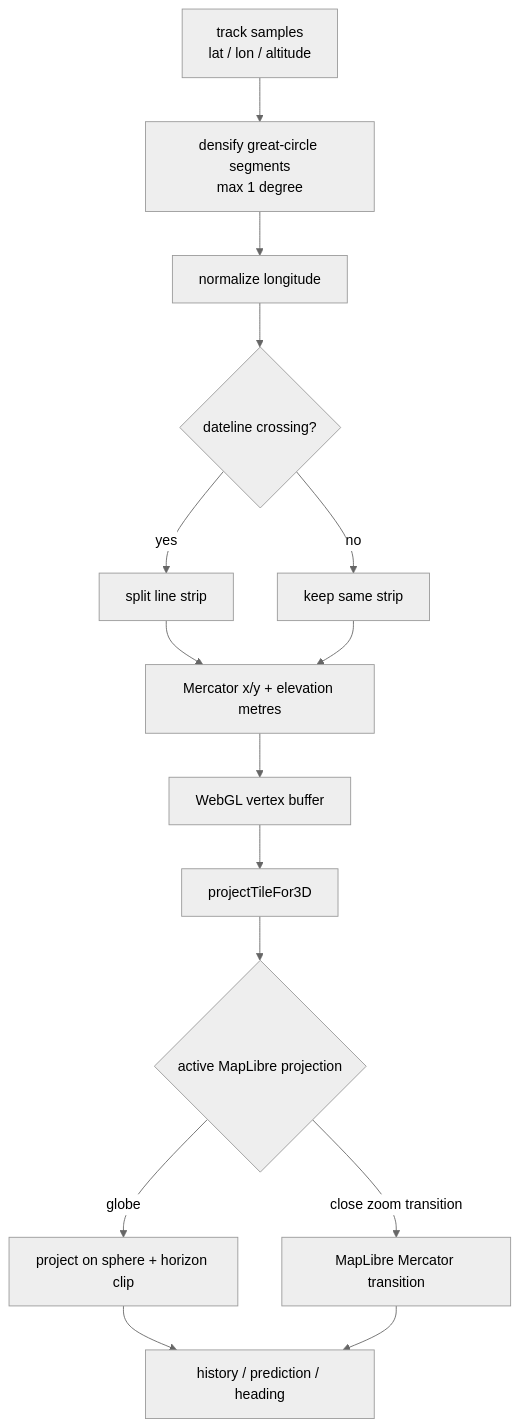
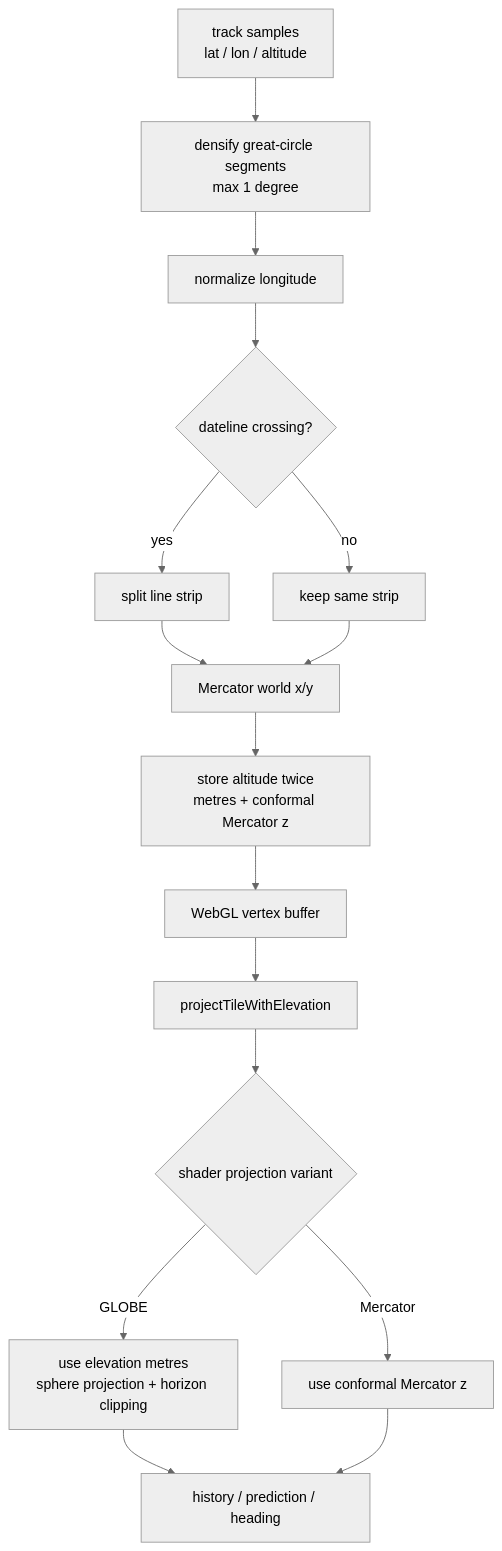
One commit to ExoSpaceLabs/world-sat-monitor changed the second of 3 diagrams in docs/orbit-display.md. Above: the diagram before and after it, drawn with Mermaid (neutral theme). The commit also changed other lines of this file, not shown here.

Commit message:
docs(world-sat-monitor): document elevated orbit overlay projection

````diff
--- a/docs/orbit-display.md
+++ b/docs/orbit-display.md
@@ -24,17 +26,18 @@
 ```mermaid
 flowchart TD
     P[track samples<br/>lat / lon / altitude] --> D[densify great-circle segments<br/>max 1 degree]
     D --> N[normalize longitude]
     N --> X{dateline crossing?}
     X -->|yes| S[split line strip]
     X -->|no| M[keep same strip]
-    S --> C[Mercator x/y + elevation metres]
+    S --> C[Mercator world x/y]
     M --> C
-    C --> V[WebGL vertex buffer]
-    V --> Q[projectTileFor3D]
-    Q --> G{active MapLibre projection}
-    G -->|globe| GL[project on sphere + horizon clip]
-    G -->|close zoom transition| MC[MapLibre Mercator transition]
+    C --> E[store altitude twice<br/>metres + conformal Mercator z]
+    E --> V[WebGL vertex buffer]
+    V --> Q[projectTileWithElevation]
+    Q --> G{shader projection variant}
+    G -->|GLOBE| GL[use elevation metres<br/>sphere projection + horizon clipping]
+    G -->|Mercator| MC[use conformal Mercator z]
     GL --> F[history / prediction / heading]
     MC --> F
 ```
````
